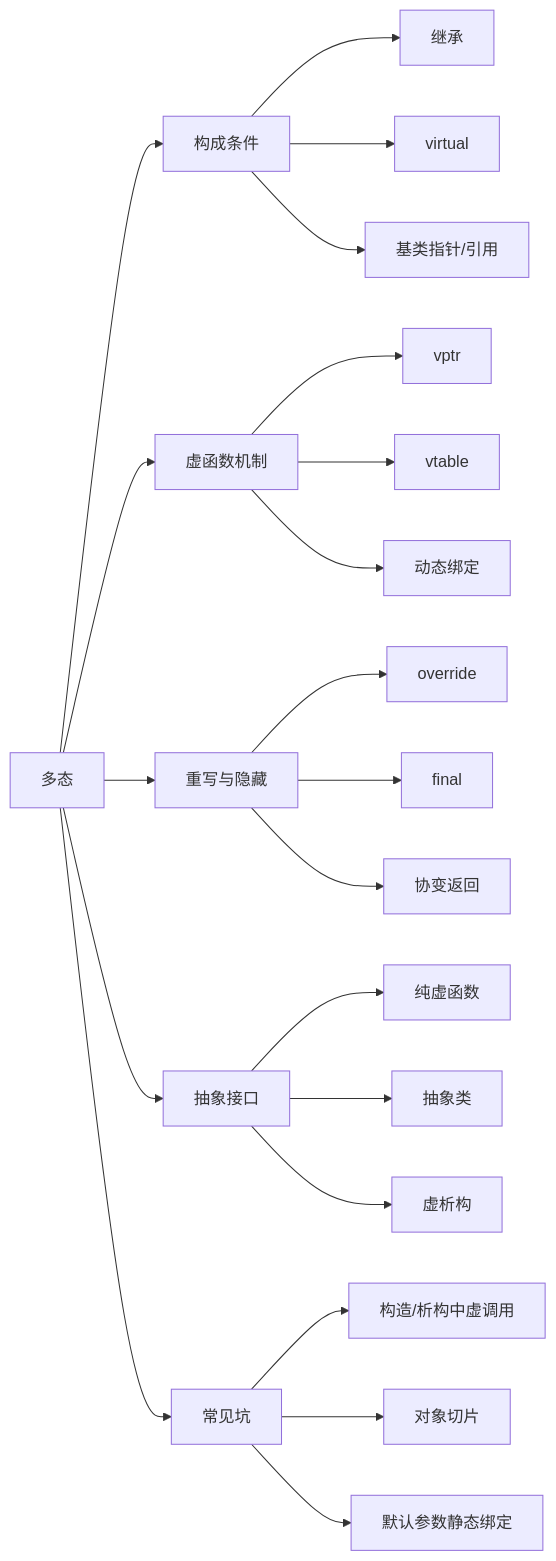
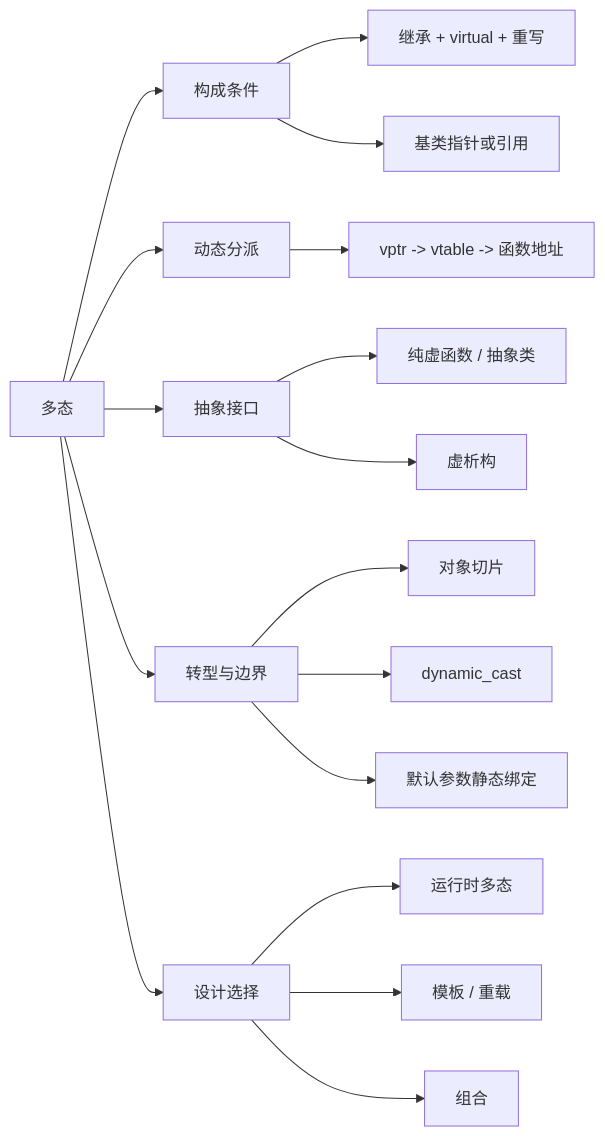
Before and after one commit to Elio265/Knowledge-Base: the diagram in obsidian-cpp-kb/01-C++/OOP/多态.md, drawn with Mermaid. The commit also changed other lines of this file and 29 other files, not shown here.

````diff
--- a/obsidian-cpp-kb/01-C++/OOP/多态.md
+++ b/obsidian-cpp-kb/01-C++/OOP/多态.md
@@ -16,28 +16,19 @@
 ```mermaid
 flowchart LR
   A["多态"] --> B["构成条件"]
-  A --> C["虚函数机制"]
-  A --> D["重写与隐藏"]
-  A --> E["抽象接口"]
-  A --> F["常见坑"]
-
-  B --> B1["继承"]
-  B --> B2["virtual"]
-  B --> B3["基类指针/引用"]
-
-  C --> C1["vptr"]
-  C --> C2["vtable"]
-  C --> C3["动态绑定"]
-
-  D --> D1["override"]
-  D --> D2["final"]
-  D --> D3["协变返回"]
-
-  E --> E1["纯虚函数"]
-  E --> E2["抽象类"]
-  E --> E3["虚析构"]
-
-  F --> F1["构造/析构中虚调用"]
-  F --> F2["对象切片"]
-  F --> F3["默认参数静态绑定"]
+  A --> C["动态分派"]
+  A --> D["抽象接口"]
+  A --> E["转型与边界"]
+  A --> F["设计选择"]
+  B --> B1["继承 + virtual + 重写"]
+  B --> B2["基类指针或引用"]
+  C --> C1["vptr -> vtable -> 函数地址"]
+  D --> D1["纯虚函数 / 抽象类"]
+  D --> D2["虚析构"]
+  E --> E1["对象切片"]
+  E --> E2["dynamic_cast"]
+  E --> E3["默认参数静态绑定"]
+  F --> F1["运行时多态"]
+  F --> F2["模板 / 重载"]
+  F --> F3["组合"]
 ```
````
